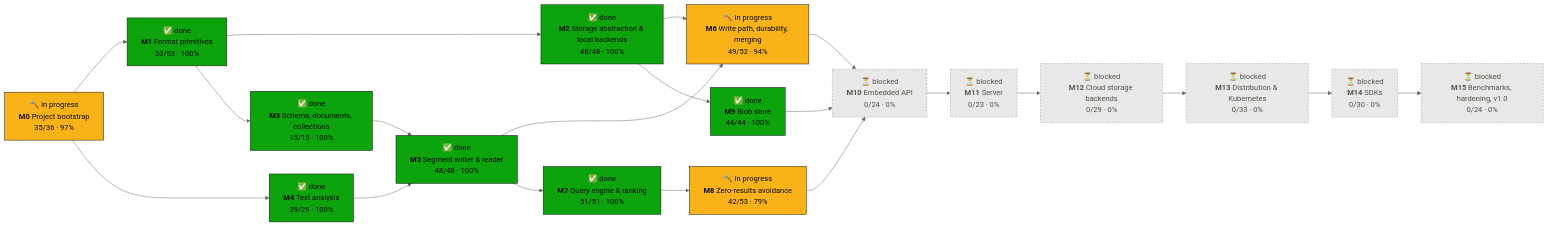
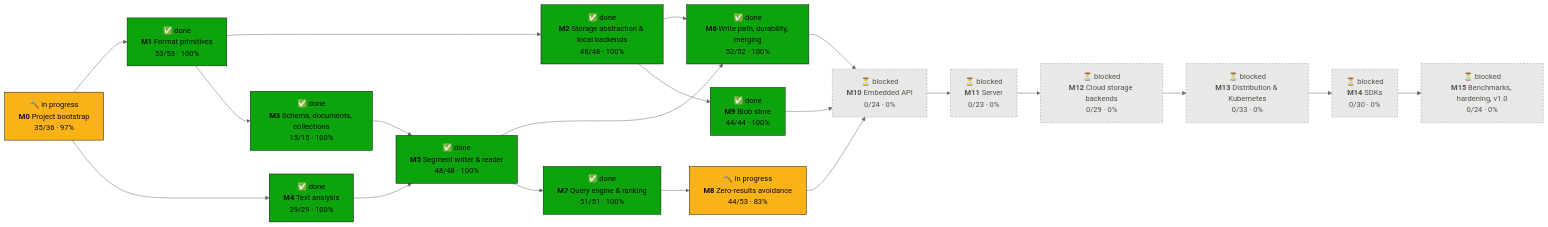
The first of 2 diagrams in PROGRESS.md (tomiok/persiaDB), drawn with Mermaid (neutral theme) before and after one commit. The commit also changed other lines of this file and 48 other files, not shown here.

First line of the commit message:
Registered analyzers, in-place read-only refresh, arena undo (ROADMAP 6.6.8, 6.6.6, 6.1.6, 8.1.23, 8.1.25) (#121)

````diff
--- a/PROGRESS.md
+++ b/PROGRESS.md
@@ -16,42 +16,42 @@
 ```mermaid
 flowchart LR
   M0["🔨 in progress<br/><b>M0</b> Project bootstrap<br/>35/36 · 97%"]:::doing
   M1["✅ done<br/><b>M1</b> Format primitives<br/>53/53 · 100%"]:::done
   M2["✅ done<br/><b>M2</b> Storage abstraction & local backends<br/>48/48 · 100%"]:::done
   M3["✅ done<br/><b>M3</b> Schema, documents, collections<br/>15/15 · 100%"]:::done
   M4["✅ done<br/><b>M4</b> Text analysis<br/>29/29 · 100%"]:::done
   M5["✅ done<br/><b>M5</b> Segment writer & reader<br/>48/48 · 100%"]:::done
-  M6["🔨 in progress<br/><b>M6</b> Write path, durability, merging<br/>49/52 · 94%"]:::doing
+  M6["✅ done<br/><b>M6</b> Write path, durability, merging<br/>52/52 · 100%"]:::done
   M7["✅ done<br/><b>M7</b> Query engine & ranking<br/>51/51 · 100%"]:::done
-  M8["🔨 in progress<br/><b>M8</b> Zero-results avoidance<br/>42/53 · 79%"]:::doing
+  M8["🔨 in progress<br/><b>M8</b> Zero-results avoidance<br/>44/53 · 83%"]:::doing
   M9["✅ done<br/><b>M9</b> Blob store<br/>44/44 · 100%"]:::done
   M10["⏳ blocked<br/><b>M10</b> Embedded API<br/>0/24 · 0%"]:::blocked
   M11["⏳ blocked<br/><b>M11</b> Server<br/>0/23 · 0%"]:::blocked
   M12["⏳ blocked<br/><b>M12</b> Cloud storage backends<br/>0/29 · 0%"]:::blocked
   M13["⏳ blocked<br/><b>M13</b> Distribution & Kubernetes<br/>0/33 · 0%"]:::blocked
   M14["⏳ blocked<br/><b>M14</b> SDKs<br/>0/30 · 0%"]:::blocked
   M15["⏳ blocked<br/><b>M15</b> Benchmarks, hardening, v1.0<br/>0/24 · 0%"]:::blocked
   M0 --> M1
   M1 --> M2
   M1 --> M3
   M0 --> M4
   M3 --> M5
   M4 --> M5
   M2 --> M6
   M5 --> M6
   M5 --> M7
   M7 --> M8
   M2 --> M9
   M6 --> M10
   M8 --> M10
   M9 --> M10
   M10 --> M11
   M11 --> M12
   M12 --> M13
   M13 --> M14
   M14 --> M15
   classDef done fill:#0ca30c,stroke:#0b0b0b,color:#0b0b0b
   classDef doing fill:#fab219,stroke:#0b0b0b,color:#0b0b0b
   classDef ready fill:#fcfcfb,stroke:#0b0b0b,stroke-width:2px,color:#0b0b0b
   classDef blocked fill:#e8e8e6,stroke:#9a9a96,stroke-dasharray:4 3,color:#52514e
 ```
````
